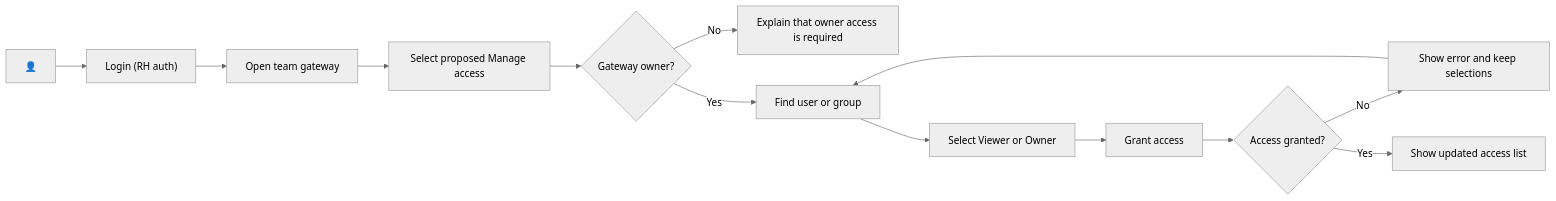
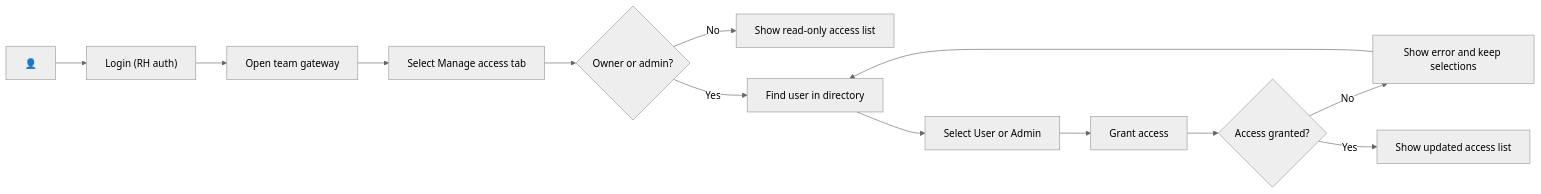
The eighth of 15 diagrams in specs/web-console/user_flows.md (openshift-online/hypershell), drawn with Mermaid (neutral theme) before and after one commit. The commit also changed other lines of this file and 7 other files, not shown here.

First line of the commit message:
docs(gateway-access): spec gateway access management

````diff
--- a/specs/web-console/user_flows.md
+++ b/specs/web-console/user_flows.md
@@ -381,19 +379,19 @@
 ```mermaid
 ---
 config:
   layout: dagre
 ---
 flowchart LR
     user["👤"] --> login["Login (RH auth)"]
     login --> gateway["Open team gateway"]
-    gateway --> manage["Select proposed Manage access"]
-    manage --> owner{"Gateway owner?"}
-    owner -- No --> denied["Explain that owner access is required"]
-    owner -- Yes --> find["Find user or group"]
-    find --> role["Select Viewer or Owner"]
+    gateway --> manage["Select Manage access tab"]
+    manage --> owner{"Owner or admin?"}
+    owner -- No --> denied["Show read-only access list"]
+    owner -- Yes --> find["Find user in directory"]
+    find --> role["Select User or Admin"]
     role --> grant["Grant access"]
     grant --> success{"Access granted?"}
     success -- No --> error["Show error and keep selections"]
     error --> find
     success -- Yes --> members["Show updated access list"]
 ```
````
